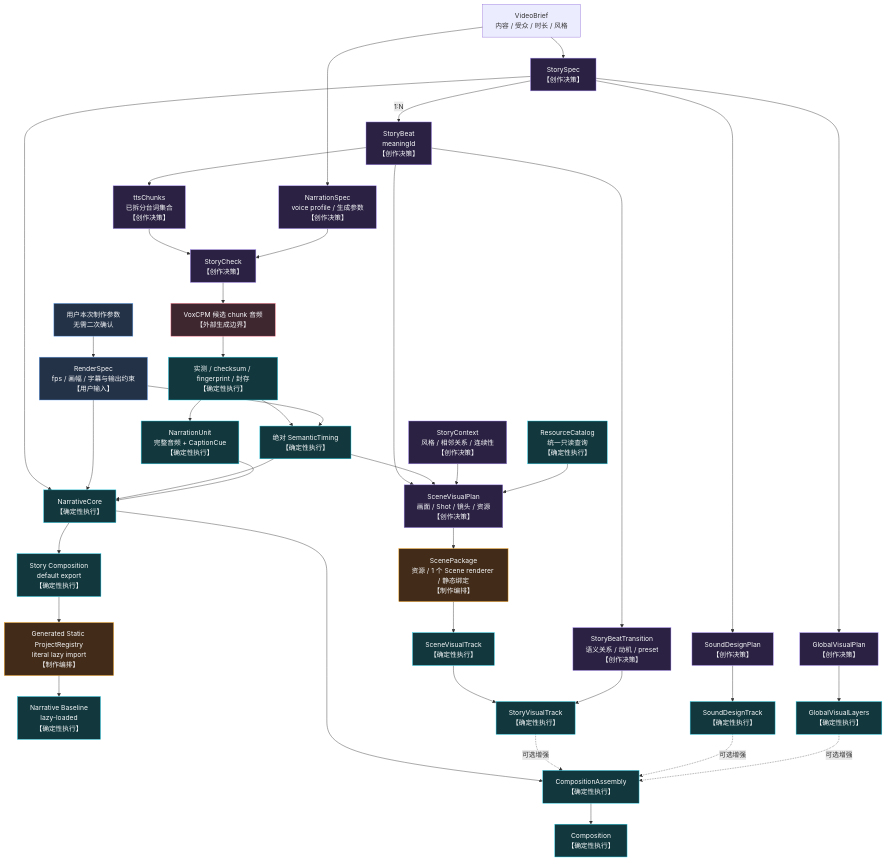
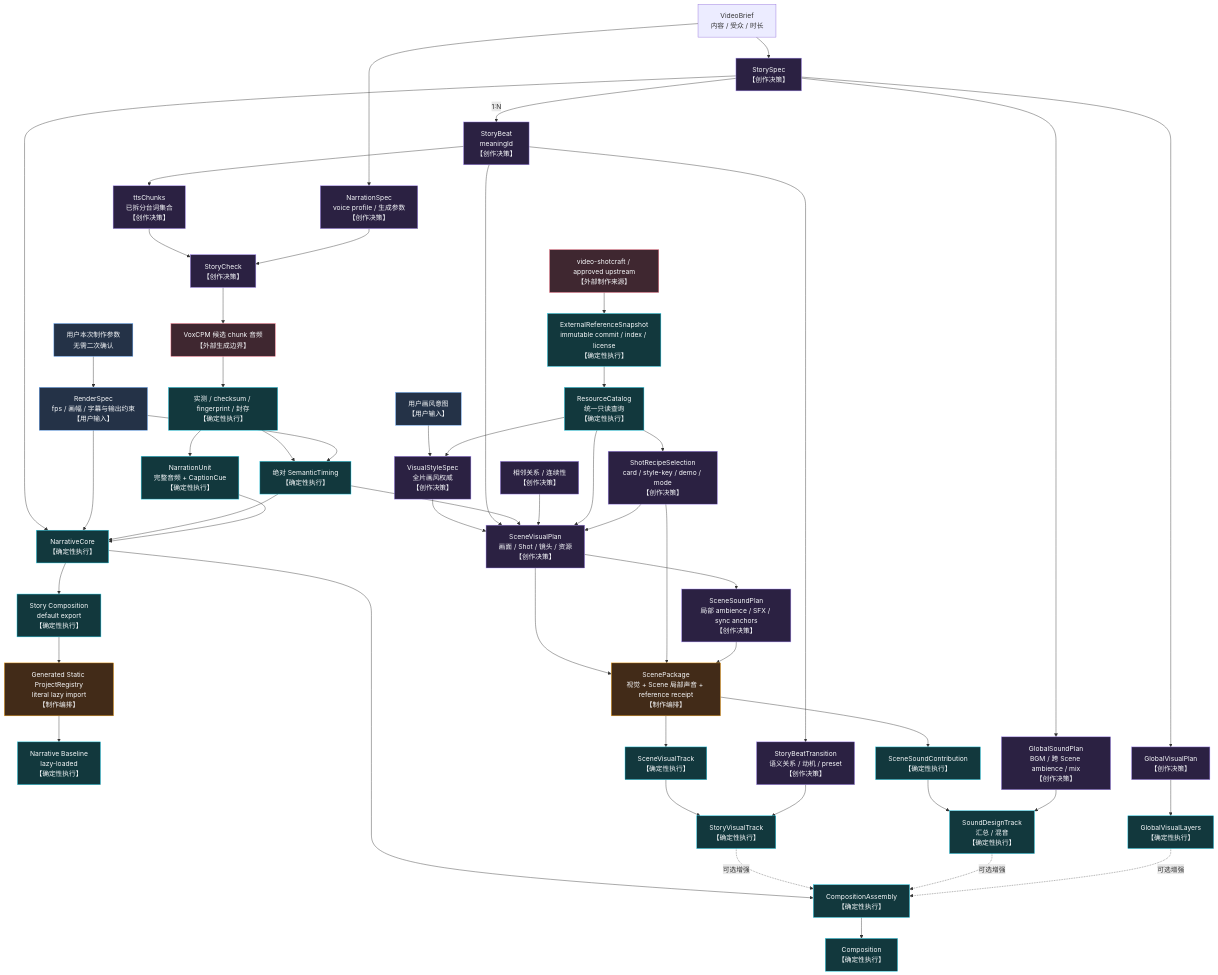
The first of 2 diagrams in docs/ARCHITECTURE.md (AXMORF/axmorf-studio), drawn with Mermaid before and after one commit. The commit also changed other lines of this file and 16 other files, not shown here.

````diff
--- a/docs/ARCHITECTURE.md
+++ b/docs/ARCHITECTURE.md
@@ -175,56 +201,68 @@
 ```mermaid
 flowchart TB
-    Brief["VideoBrief<br/>内容 / 受众 / 时长 / 风格"] --> Story["StorySpec<br/>【创作决策】"]
+    Brief["VideoBrief<br/>内容 / 受众 / 时长"] --> Story["StorySpec<br/>【创作决策】"]
     Brief --> NarrationSpec["NarrationSpec<br/>voice profile / 生成参数<br/>【创作决策】"]
     RenderInput["用户本次制作参数<br/>无需二次确认"] --> RenderSpec["RenderSpec<br/>fps / 画幅 / 字幕与输出约束<br/>【用户输入】"]
     Story -->|"1:N"| Beat["StoryBeat<br/>meaningId<br/>【创作决策】"]
 
     Beat --> Chunks["ttsChunks<br/>已拆分台词集合<br/>【创作决策】"]
     Chunks --> StoryCheck["StoryCheck<br/>【创作决策】"]
     NarrationSpec --> StoryCheck
     StoryCheck --> Generate["VoxCPM 候选 chunk 音频<br/>【外部生成边界】"]
     Generate --> Seal["实测 / checksum / fingerprint / 封存<br/>【确定性执行】"]
     Seal --> Timing["绝对 SemanticTiming<br/>【确定性执行】"]
     RenderSpec --> Timing
     Seal --> Narration["NarrationUnit<br/>完整音频 + CaptionCue<br/>【确定性执行】"]
     Story --> Core["NarrativeCore<br/>【确定性执行】"]
     RenderSpec --> Core
     Timing --> Core
     Narration --> Core
     Core --> StoryComposition["Story Composition<br/>default export<br/>【确定性执行】"]
     StoryComposition --> ProjectRegistry["Generated Static ProjectRegistry<br/>literal lazy import<br/>【制作编排】"]
     ProjectRegistry --> Baseline["Narrative Baseline<br/>lazy-loaded<br/>【确定性执行】"]
 
+    StyleInput["用户画风意图<br/>【用户输入】"] --> Style["VisualStyleSpec<br/>全片画风权威<br/>【创作决策】"]
+    Catalog --> Style
+    Style --> Plan
     Beat --> Plan["SceneVisualPlan<br/>画面 / Shot / 镜头 / 资源<br/>【创作决策】"]
     Timing --> Plan
-    Context["StoryContext<br/>风格 / 相邻关系 / 连续性<br/>【创作决策】"] --> Plan
+    Context["相邻关系 / 连续性<br/>【创作决策】"] --> Plan
+    Upstream["video-shotcraft / approved upstream<br/>【外部制作来源】"] --> Snapshot["ExternalReferenceSnapshot<br/>immutable commit / index / license<br/>【确定性执行】"]
+    Snapshot --> Catalog
     Catalog["ResourceCatalog<br/>统一只读查询<br/>【确定性执行】"] --> Plan
-    Plan --> Package["ScenePackage<br/>资源 / 1 个 Scene renderer / 静态绑定<br/>【制作编排】"]
+    Catalog --> Recipe["ShotRecipeSelection<br/>card / style-key / demo / mode<br/>【创作决策】"]
+    Recipe --> Plan
+    Plan --> SceneSoundPlan["SceneSoundPlan<br/>局部 ambience / SFX / sync anchors<br/>【创作决策】"]
+    Plan --> Package["ScenePackage<br/>视觉 + Scene 局部声音 + reference receipt<br/>【制作编排】"]
+    Recipe --> Package
+    SceneSoundPlan --> Package
     Package --> VisualUnit["SceneVisualTrack<br/>【确定性执行】"]
+    Package --> SceneSound["SceneSoundContribution<br/>【确定性执行】"]
 
     Beat --> Transition["StoryBeatTransition<br/>语义关系 / 动机 / preset<br/>【创作决策】"]
     VisualUnit --> Visual["StoryVisualTrack<br/>【确定性执行】"]
     Transition --> Visual
 
-    Story --> SoundPlan["SoundDesignPlan<br/>【创作决策】"]
-    SoundPlan --> Sound["SoundDesignTrack<br/>【确定性执行】"]
+    Story --> GlobalSoundPlan["GlobalSoundPlan<br/>BGM / 跨 Scene ambience / mix<br/>【创作决策】"]
+    SceneSound --> Sound["SoundDesignTrack<br/>汇总 / 混音<br/>【确定性执行】"]
+    GlobalSoundPlan --> Sound
     Story --> GlobalPlan["GlobalVisualPlan<br/>【创作决策】"]
     GlobalPlan --> Global["GlobalVisualLayers<br/>【确定性执行】"]
 
     Core --> Assembly["CompositionAssembly<br/>【确定性执行】"]
     Visual -.->|"可选增强"| Assembly
     Sound -.->|"可选增强"| Assembly
     Global -.->|"可选增强"| Assembly
     Assembly --> Composition["Composition<br/>【确定性执行】"]
 
     classDef input fill:#243247,stroke:#60a5fa,color:#f8fafc;
     classDef creative fill:#2b2142,stroke:#a78bfa,color:#f8fafc;
     classDef orchestration fill:#422b18,stroke:#f59e0b,color:#f8fafc;
     classDef deterministic fill:#12383d,stroke:#22d3ee,color:#f8fafc;
     classDef external fill:#3f2730,stroke:#fb7185,color:#f8fafc;
-    class RenderInput,RenderSpec input;
-    class Story,NarrationSpec,Beat,Chunks,StoryCheck,Plan,Context,Transition,SoundPlan,GlobalPlan creative;
+    class RenderInput,RenderSpec,StyleInput input;
+    class Story,NarrationSpec,Beat,Chunks,StoryCheck,Style,Plan,Context,Recipe,SceneSoundPlan,Transition,GlobalSoundPlan,GlobalPlan creative;
     class Package,ProjectRegistry orchestration;
-    class Generate external;
-    class Seal,Timing,Narration,Core,StoryComposition,Baseline,Catalog,VisualUnit,Visual,Sound,Global,Assembly,Composition deterministic;
+    class Generate,Upstream external;
+    class Seal,Timing,Narration,Core,StoryComposition,Baseline,Snapshot,Catalog,VisualUnit,SceneSound,Visual,Sound,Global,Assembly,Composition deterministic;
 ```
````
